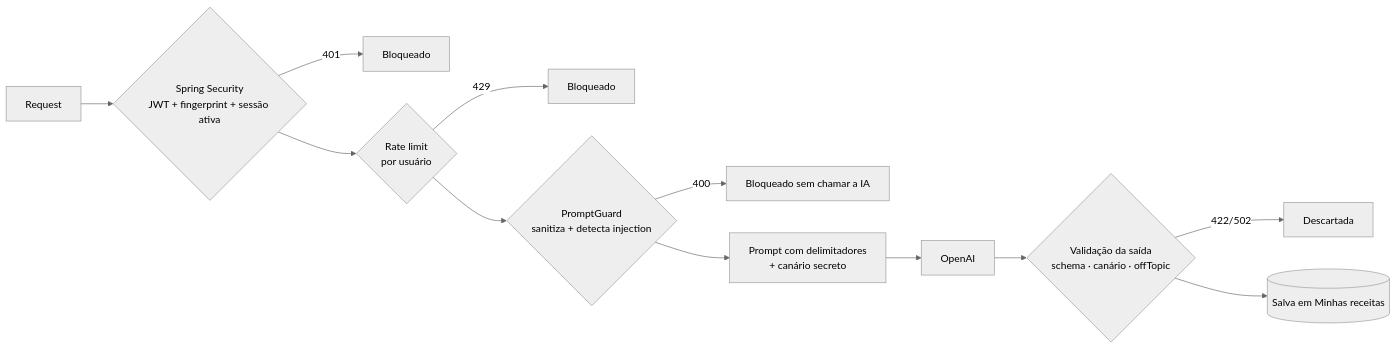
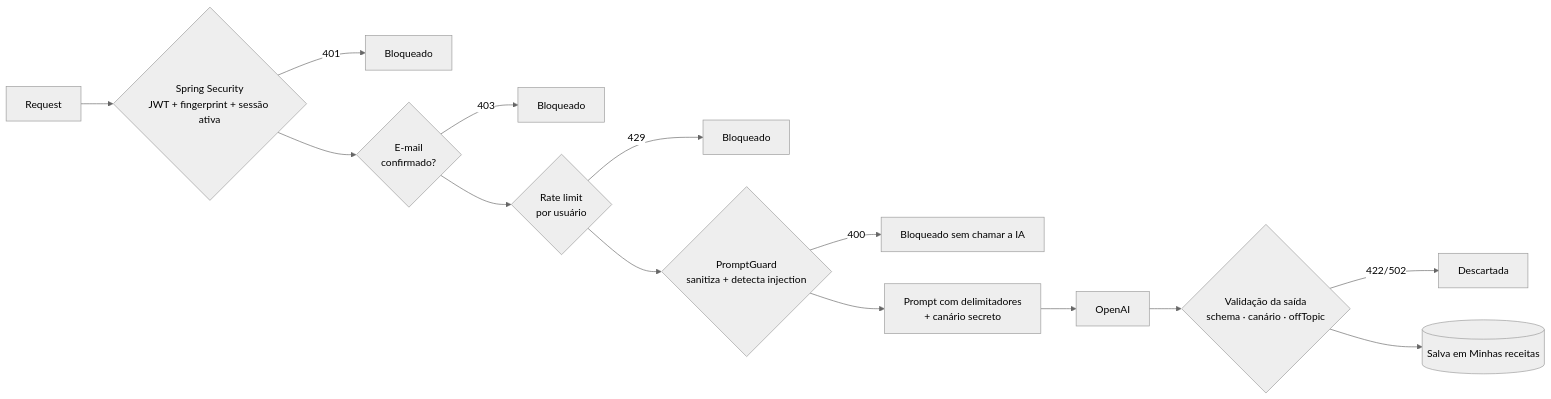
One commit to lucasaita1/MagicChefAI changed the second of 2 diagrams in README.md. Above: the diagram before and after it, drawn with Mermaid (neutral theme). The commit also changed other lines of this file, not shown here.

Commit message:
docs: update README for Railway architecture, email verification and IP rate limits

````diff
--- a/README.md
+++ b/README.md
@@ -49,14 +64,16 @@
 ```mermaid
 flowchart LR
     R[Request] --> S{Spring Security<br/>JWT + fingerprint + sessão ativa}
     S -- 401 --> X1[Bloqueado]
-    S --> L{Rate limit<br/>por usuário}
+    S --> E{E-mail<br/>confirmado?}
+    E -- 403 --> X0[Bloqueado]
+    E --> L{Rate limit<br/>por usuário}
     L -- 429 --> X2[Bloqueado]
     L --> G{PromptGuard<br/>sanitiza + detecta injection}
     G -- 400 --> X3[Bloqueado sem chamar a IA]
     G --> PF[Prompt com delimitadores<br/>+ canário secreto]
     PF --> AI[OpenAI]
     AI --> VO{Validação da saída<br/>schema · canário · offTopic}
     VO -- 422/502 --> X4[Descartada]
     VO --> DB[(Salva em Minhas receitas)]
 ```
````
